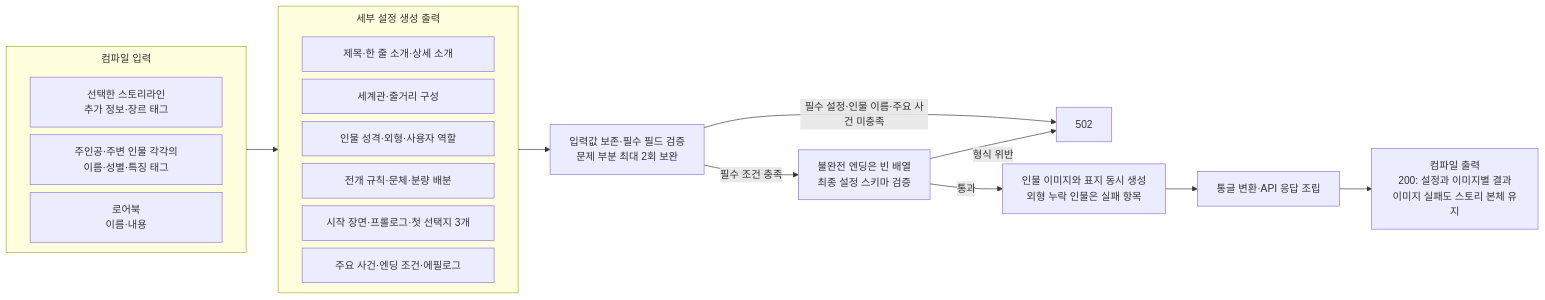
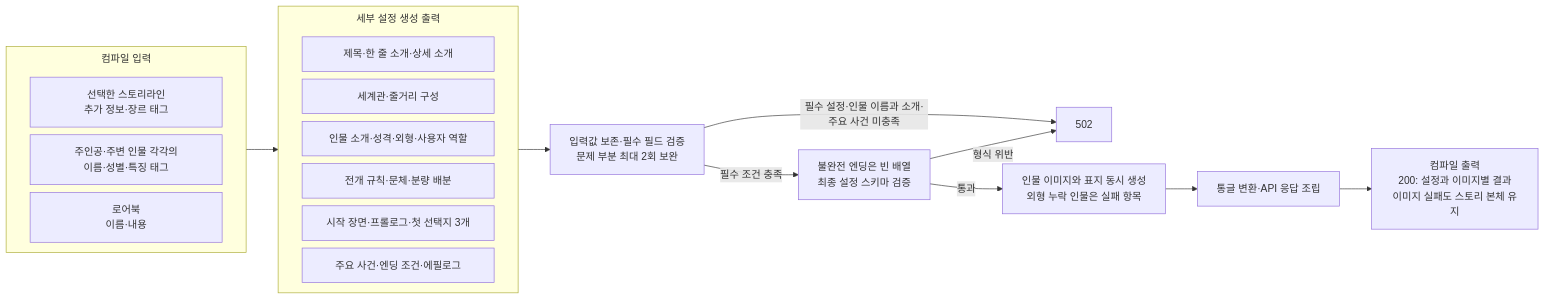
Before and after one commit to KIM-N-KANG/knk-harness: the fifth of 25 diagrams in docs/spec/5-ai-server-spec.md, drawn with Mermaid. The commit also changed other lines of this file and 2 other files, not shown here.

````diff
--- a/docs/spec/5-ai-server-spec.md
+++ b/docs/spec/5-ai-server-spec.md
@@ -213,27 +219,27 @@
 ```mermaid
 %%{init: {"flowchart": {"nodeSpacing": 12, "subGraphTitleMargin": {"top": 8, "bottom": 24}}}}%%
 flowchart LR
     subgraph L["세부 설정 생성 출력"]
         direction LR
         L_item1["<div style='width:240px;text-align:center;'><span>제목·한 줄 소개·상세 소개</span></div>"]
         L_item2["<div style='width:240px;text-align:center;'><span>세계관·줄거리 구성</span></div>"]
-        L_item3["<div style='width:240px;text-align:center;'><span>인물 성격·외형·사용자 역할</span></div>"]
+        L_item3["<div style='width:240px;text-align:center;'><span>인물 소개·성격·외형·사용자 역할</span></div>"]
         L_item4["<div style='width:240px;text-align:center;'><span>전개 규칙·문체·분량 배분</span></div>"]
         L_item5["<div style='width:240px;text-align:center;'><span>시작 장면·프롤로그·첫 선택지 3개</span></div>"]
         L_item6["<div style='width:240px;text-align:center;'><span>주요 사건·엔딩 조건·에필로그</span></div>"]
     end
     subgraph INPUT["컴파일 입력"]
         direction LR
         I1["<div style='width:240px;text-align:center;'><span>선택한 스토리라인<br/>추가 정보·장르 태그</span></div>"]
         I2["<div style='width:240px;text-align:center;'><span>주인공·주변 인물 각각의<br/>이름·성별·특징 태그</span></div>"]
         I3["<div style='width:240px;text-align:center;'><span>로어북<br/>이름·내용</span></div>"]
     end
     INPUT --> L
     L --> V["입력값 보존·필수 필드 검증<br/>문제 부분 최대 2회 보완"]
-    V -->|"필수 설정·인물 이름·주요 사건 미충족"| E["502"]
+    V -->|"필수 설정·인물 이름과 소개·주요 사건 미충족"| E["502"]
     V -->|"필수 조건 충족"| R["불완전 엔딩은 빈 배열<br/>최종 설정 스키마 검증"]
     R -->|형식 위반| E
     R -->|통과| P["인물 이미지와 표지 동시 생성<br/>외형 누락 인물은 실패 항목"]
     P --> W["통글 변환·API 응답 조립"]
     W --> O["컴파일 출력<br/>200: 설정과 이미지별 결과<br/>이미지 실패도 스토리 본체 유지"]
 ```
````
